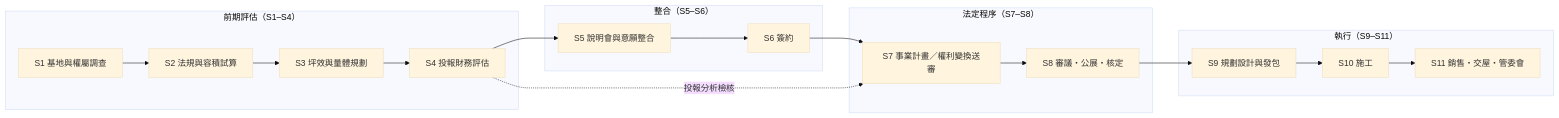
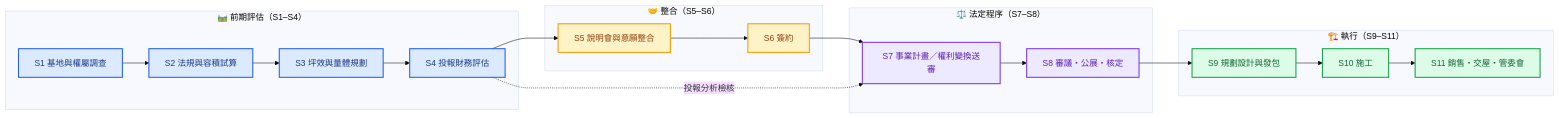
The diagram in README.md (jeremy0819/Urban-Renewal), drawn with Mermaid (base theme) before and after one commit. The commit also changed other lines of this file and 4 other files, not shown here.

````diff
--- a/README.md
+++ b/README.md
@@ -11,21 +35,30 @@
 ```mermaid
 flowchart LR
-    subgraph 前期評估["前期評估（S1–S4）"]
+    subgraph 前期評估["🛤️ 前期評估（S1–S4）"]
         S1[S1 基地與權屬調查] --> S2[S2 法規與容積試算]
         S2 --> S3[S3 坪效與量體規劃]
         S3 --> S4[S4 投報財務評估]
     end
-    subgraph 整合["整合（S5–S6）"]
+    subgraph 整合["🤝 整合（S5–S6）"]
         S5[S5 說明會與意願整合] --> S6[S6 簽約]
     end
-    subgraph 法定程序["法定程序（S7–S8）"]
+    subgraph 法定程序["⚖️ 法定程序（S7–S8）"]
         S7[S7 事業計畫／權利變換送審] --> S8[S8 審議・公展・核定]
     end
-    subgraph 執行["執行（S9–S11）"]
+    subgraph 執行["🏗️ 執行（S9–S11）"]
         S9[S9 規劃設計與發包] --> S10[S10 施工] --> S11[S11 銷售・交屋・管委會]
     end
     S4 --> S5
     S6 --> S7
     S8 --> S9
     S4 -. 投報分析檢核 .-> S7
+
+    classDef pre fill:#dbeafe,stroke:#2563eb,stroke-width:2px,color:#1e3a8a;
+    classDef int fill:#fef3c7,stroke:#f59e0b,stroke-width:2px,color:#92400e;
+    classDef law fill:#ede9fe,stroke:#7c3aed,stroke-width:2px,color:#5b21b6;
+    classDef exe fill:#dcfce7,stroke:#16a34a,stroke-width:2px,color:#166534;
+    class S1,S2,S3,S4 pre;
+    class S5,S6 int;
+    class S7,S8 law;
+    class S9,S10,S11 exe;
 ```
````
